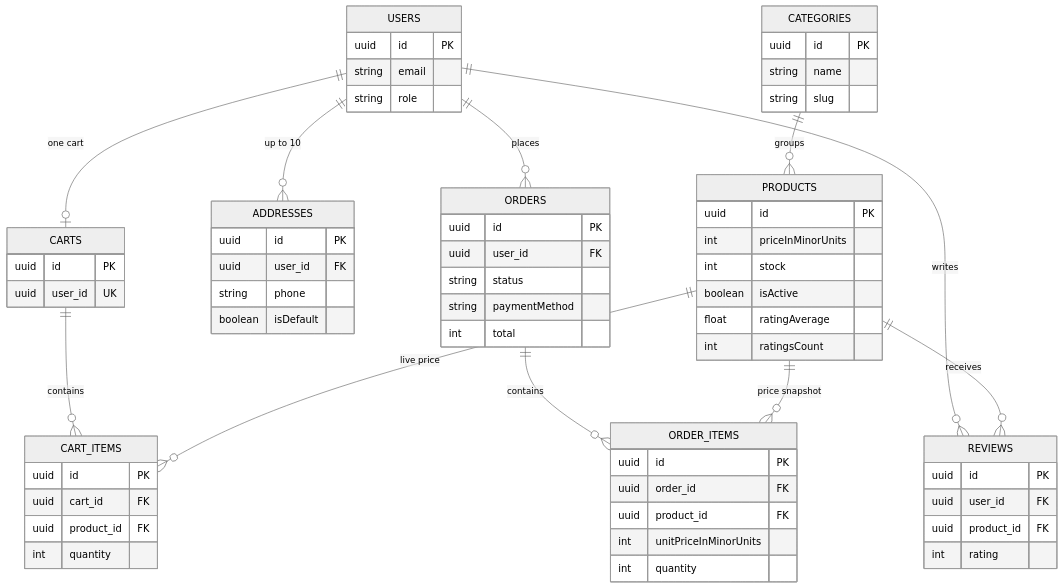
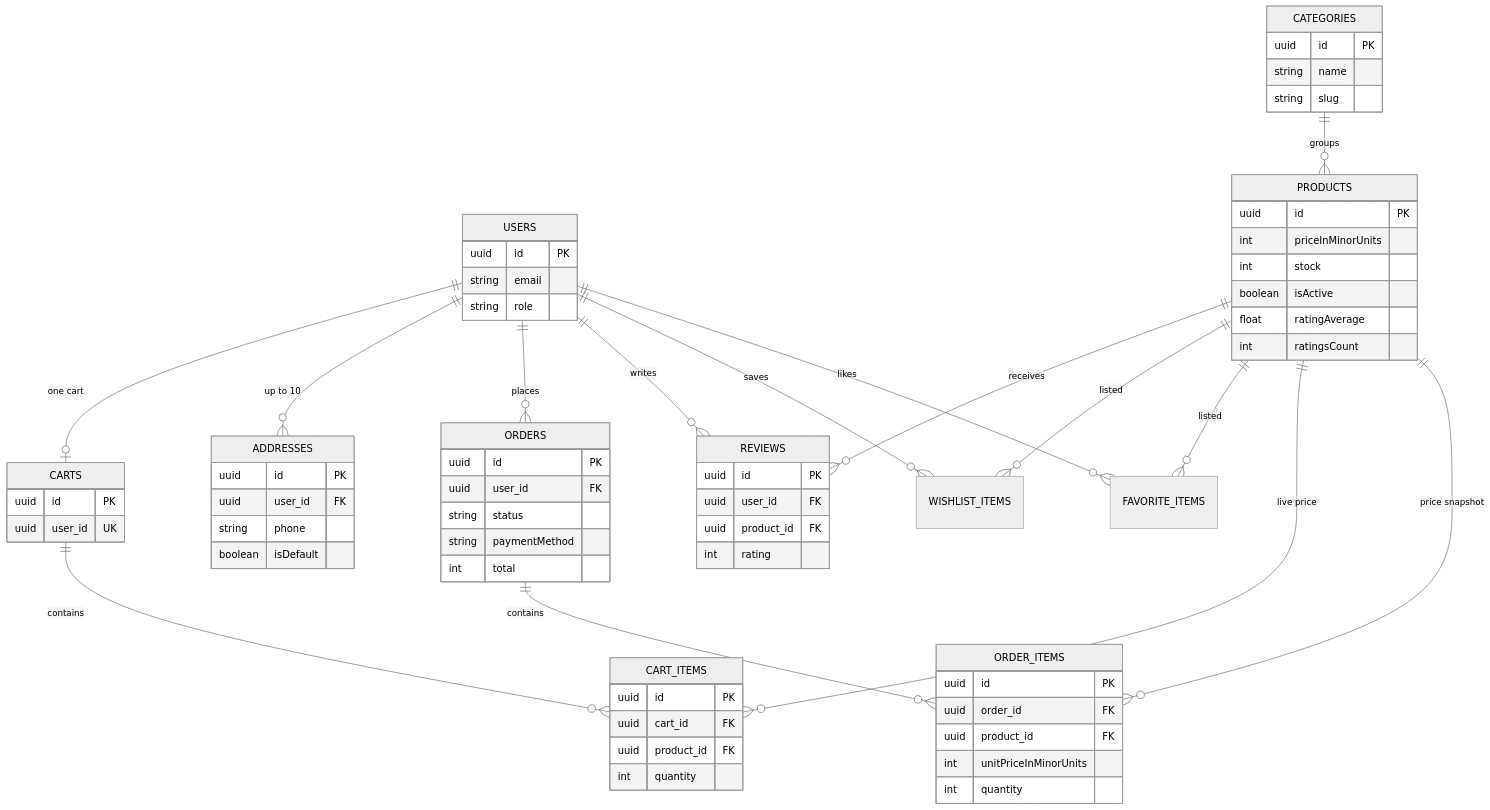
One commit to mahdi-code007/ecommerce-api-typescript changed the fifth of 6 diagrams in README.md. Above: the diagram before and after it, drawn with Mermaid (neutral theme). The commit also changed other lines of this file and 16 other files, not shown here.

````diff
--- a/README.md
+++ b/README.md
@@ -486,67 +525,71 @@
 ```mermaid
 erDiagram
   USERS ||--o| CARTS : "one cart"
   USERS ||--o{ ADDRESSES : "up to 10"
   USERS ||--o{ ORDERS : places
   USERS ||--o{ REVIEWS : writes
   PRODUCTS ||--o{ REVIEWS : receives
+  USERS ||--o{ WISHLIST_ITEMS : saves
+  USERS ||--o{ FAVORITE_ITEMS : likes
+  PRODUCTS ||--o{ WISHLIST_ITEMS : listed
+  PRODUCTS ||--o{ FAVORITE_ITEMS : listed
   CARTS ||--o{ CART_ITEMS : contains
   PRODUCTS ||--o{ CART_ITEMS : "live price"
   ORDERS ||--o{ ORDER_ITEMS : contains
   PRODUCTS ||--o{ ORDER_ITEMS : "price snapshot"
   CATEGORIES ||--o{ PRODUCTS : groups
   USERS {
     uuid id PK
     string email
     string role
   }
   CARTS {
     uuid id PK
     uuid user_id UK
   }
   CART_ITEMS {
     uuid id PK
     uuid cart_id FK
     uuid product_id FK
     int quantity
   }
   ADDRESSES {
     uuid id PK
     uuid user_id FK
     string phone
     boolean isDefault
   }
   ORDERS {
     uuid id PK
     uuid user_id FK
     string status
     string paymentMethod
     int total
   }
   ORDER_ITEMS {
     uuid id PK
     uuid order_id FK
     uuid product_id FK
     int unitPriceInMinorUnits
     int quantity
   }
   PRODUCTS {
     uuid id PK
     int priceInMinorUnits
     int stock
     boolean isActive
     float ratingAverage
     int ratingsCount
   }
   REVIEWS {
     uuid id PK
     uuid user_id FK
     uuid product_id FK
     int rating
   }
   CATEGORIES {
     uuid id PK
     string name
     string slug
   }
 ```
````
